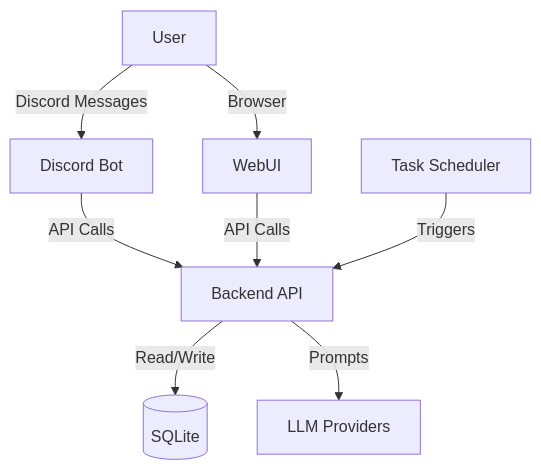
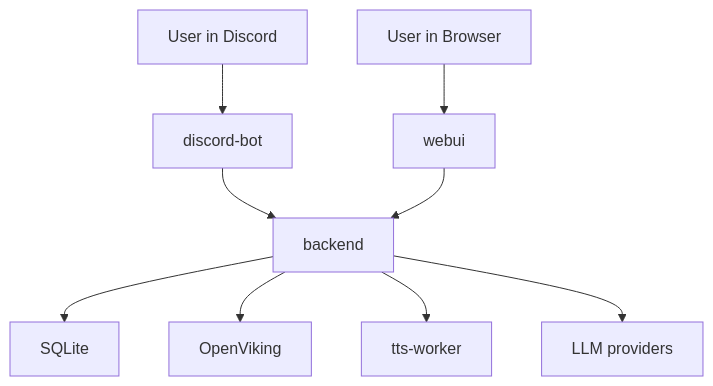
One commit to Anas-git-alt/LifeOS changed the diagram in codebase.md. Above: the diagram before and after it, drawn with Mermaid. The commit also changed other lines of this file and 34 other files, not shown here.

Commit message:
feat: sync backend, discord bot, and web UI updates

````diff
--- a/codebase.md
+++ b/codebase.md
@@ -15,10 +9,11 @@
 ```mermaid
 graph TD
-    User -- Discord Messages --> Bot[Discord Bot]
-    User -- Browser --> Web[WebUI]
-    Bot -- API Calls --> API[Backend API]
-    Web -- API Calls --> API
-    API -- Read/Write --> DB[(SQLite)]
-    API -- Prompts --> LLM[LLM Providers]
-    Scheduler[Task Scheduler] -- Triggers --> API
+    U1["User in Discord"] --> BOT["discord-bot"]
+    U2["User in Browser"] --> WEB["webui"]
+    BOT --> API["backend"]
+    WEB --> API
+    API --> DB["SQLite"]
+    API --> OV["OpenViking"]
+    API --> TTS["tts-worker"]
+    API --> LLM["LLM providers"]
 ```
````
